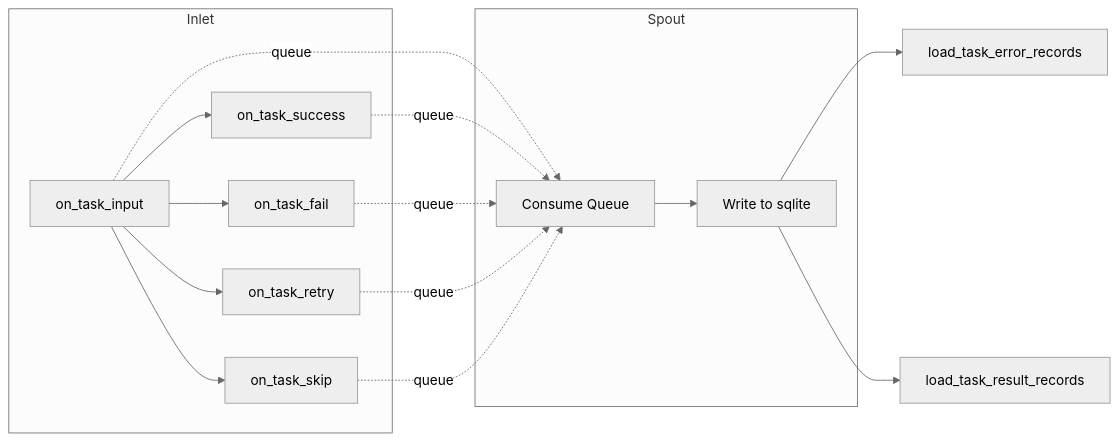
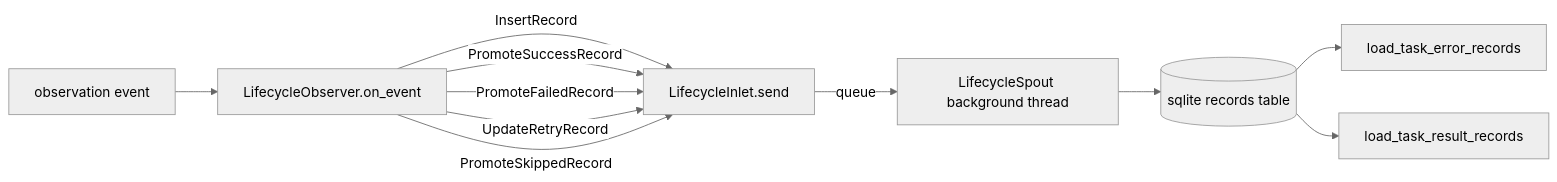
The diagram in docs/en/tests/persist/test_lifecycle.md (Mr-xiaotian/CelestialFlow), drawn with Mermaid (neutral theme) before and after one commit. The commit also changed other lines of this file and 176 other files, not shown here.

````diff
--- a/docs/en/tests/persist/test_lifecycle.md
+++ b/docs/en/tests/persist/test_lifecycle.md
@@ -65,19 +78,13 @@
 ```mermaid
 flowchart LR
-    subgraph Inlet
-        A[on_task_input] --> B[on_task_success]
-        A --> C[on_task_fail]
-        A --> D[on_task_retry]
-        A --> E[on_task_skip]
-    end
-    subgraph Spout
-        F[Consume Queue] --> G[Write to sqlite]
-    end
-    A -.->|queue| F
-    B -.->|queue| F
-    C -.->|queue| F
-    D -.->|queue| F
-    E -.->|queue| F
-    G --> H[load_task_error_records]
-    G --> I[load_task_result_records]
+    E[observation event] --> O[LifecycleObserver.on_event]
+    O -->|InsertRecord| I[LifecycleInlet.send]
+    O -->|PromoteSuccessRecord| I
+    O -->|PromoteFailedRecord| I
+    O -->|UpdateRetryRecord| I
+    O -->|PromoteSkippedRecord| I
+    I -->|queue| S[LifecycleSpout background thread]
+    S --> D[(sqlite records table)]
+    D --> A[load_task_error_records]
+    D --> B[load_task_result_records]
 ```
````
